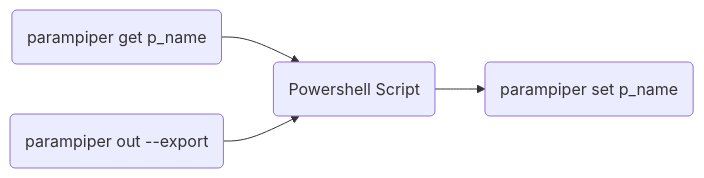
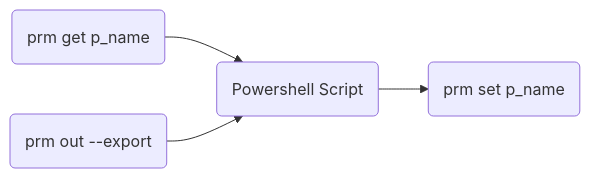
One commit to cdalar/parampiper changed the second of 3 diagrams in mermaid.md. Above: the diagram before and after it, drawn with Mermaid. The commit also changed other lines of this file and 54 other files, not shown here.

````diff
--- a/mermaid.md
+++ b/mermaid.md
@@ -14,6 +14,6 @@
 ```mermaid
 flowchart LR
 
-X(parampiper get p_name)--> A(Powershell Script) -->B(parampiper set p_name)
-Y(parampiper out --export) --> A
+X(prm get p_name)--> A(Powershell Script) -->B(prm set p_name)
+Y(prm out --export) --> A
 ```
````
